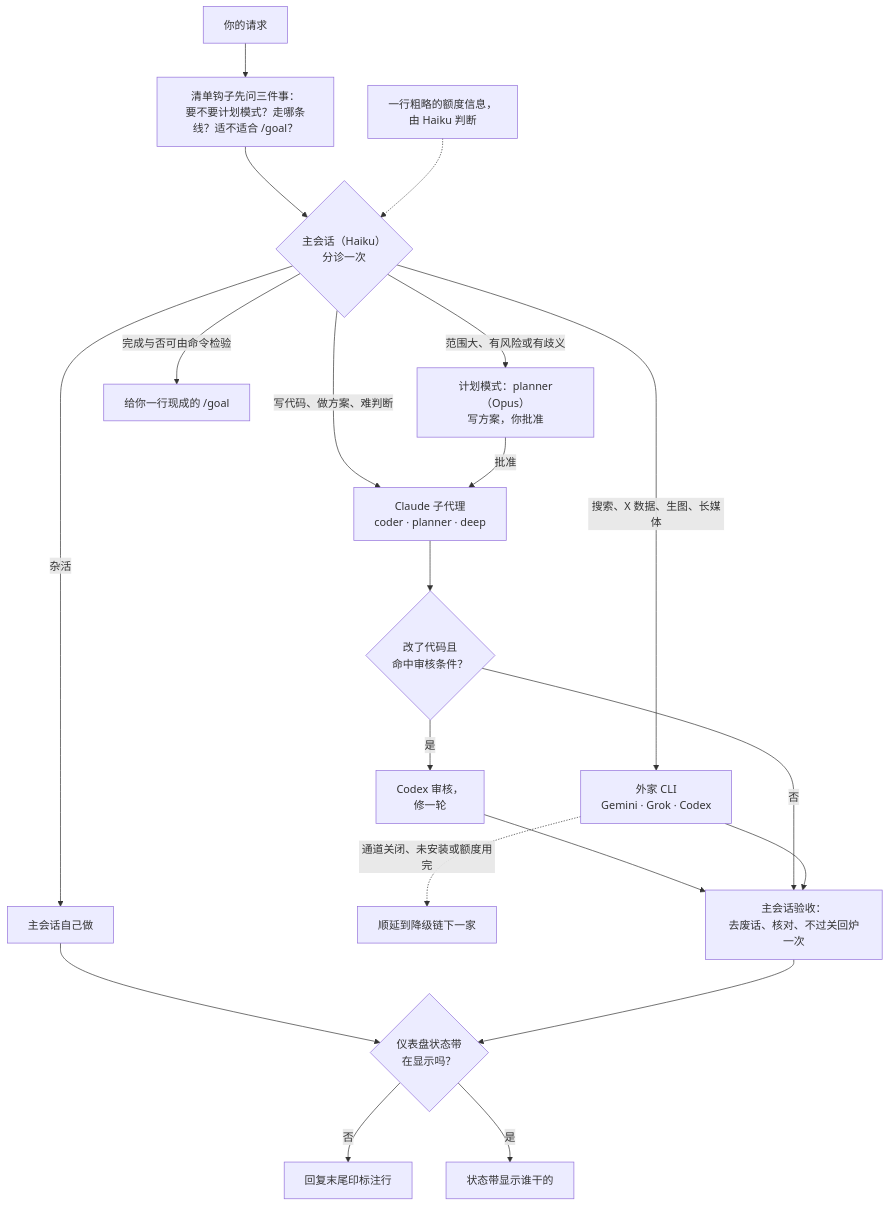
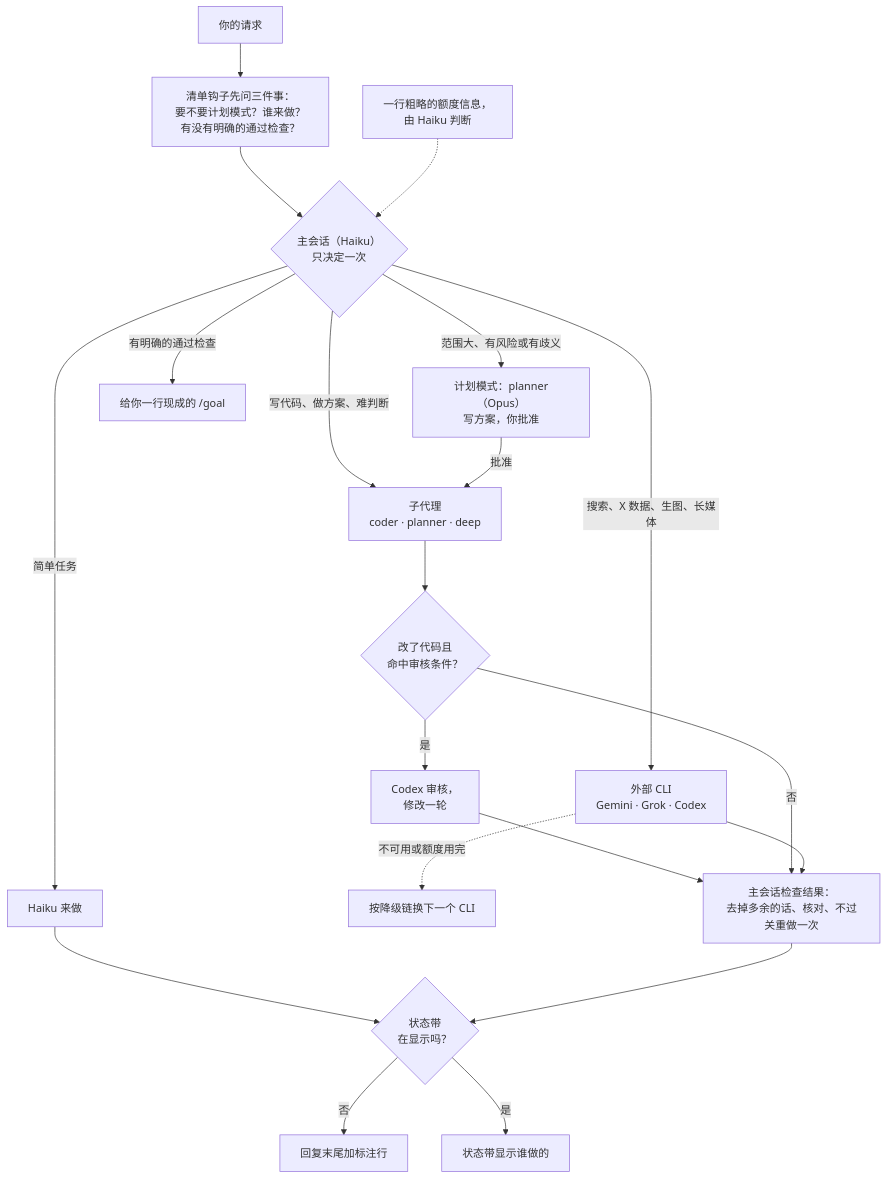
One commit to Brulek/claude-router changed the diagram in README.zh-CN.md. Above: the diagram before and after it, drawn with Mermaid. The commit also changed other lines of this file and 1 other file, not shown here.

````diff
--- a/README.zh-CN.md
+++ b/README.zh-CN.md
@@ -17,37 +17,37 @@
 ```mermaid
 flowchart TD
     IN["你的请求"]
-    HOOK["清单钩子先问三件事：<br/>要不要计划模式？走哪条线？适不适合 /goal？"]
+    HOOK["清单钩子先问三件事：<br/>要不要计划模式？谁来做？有没有明确的通过检查？"]
     QUOTA["一行粗略的额度信息，<br/>由 Haiku 判断"]
-    TRIAGE{"主会话（Haiku）<br/>分诊一次"}
+    TRIAGE{"主会话（Haiku）<br/>只决定一次"}
     PLAN["计划模式：planner（Opus）<br/>写方案，你批准"]
     GOAL["给你一行现成的 /goal"]
-    SELF["主会话自己做"]
-    SUB["Claude 子代理<br/>coder · planner · deep"]
-    CLI["外家 CLI<br/>Gemini · Grok · Codex"]
-    NEXT["顺延到降级链下一家"]
+    SELF["Haiku 来做"]
+    SUB["子代理<br/>coder · planner · deep"]
+    CLI["外部 CLI<br/>Gemini · Grok · Codex"]
+    NEXT["按降级链换下一个 CLI"]
     REV{"改了代码且<br/>命中审核条件？"}
-    CODEX["Codex 审核，<br/>修一轮"]
-    CHECK["主会话验收：<br/>去废话、核对、不过关回炉一次"]
-    BAND{"仪表盘状态带<br/>在显示吗？"}
-    LABEL["回复末尾印标注行"]
-    SHOWN["状态带显示谁干的"]
+    CODEX["Codex 审核，<br/>修改一轮"]
+    CHECK["主会话检查结果：<br/>去掉多余的话、核对、不过关重做一次"]
+    BAND{"状态带<br/>在显示吗？"}
+    LABEL["回复末尾加标注行"]
+    SHOWN["状态带显示谁做的"]
 
     IN --> HOOK --> TRIAGE
     QUOTA -.-> TRIAGE
     TRIAGE -->|"范围大、有风险或有歧义"| PLAN
-    TRIAGE -->|"完成与否可由命令检验"| GOAL
-    TRIAGE -->|"杂活"| SELF
+    TRIAGE -->|"有明确的通过检查"| GOAL
+    TRIAGE -->|"简单任务"| SELF
     TRIAGE -->|"写代码、做方案、难判断"| SUB
     TRIAGE -->|"搜索、X 数据、生图、长媒体"| CLI
     PLAN -->|"批准"| SUB
-    CLI -.->|"通道关闭、未安装或额度用完"| NEXT
+    CLI -.->|"不可用或额度用完"| NEXT
     SUB --> REV
     REV -->|"是"| CODEX --> CHECK
     REV -->|"否"| CHECK
     CLI --> CHECK
     SELF --> BAND
     CHECK --> BAND
     BAND -->|"否"| LABEL
     BAND -->|"是"| SHOWN
 ```
````
